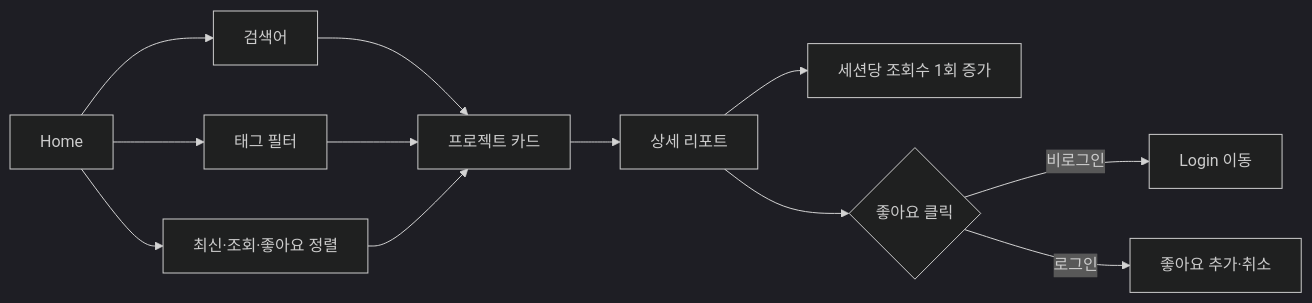
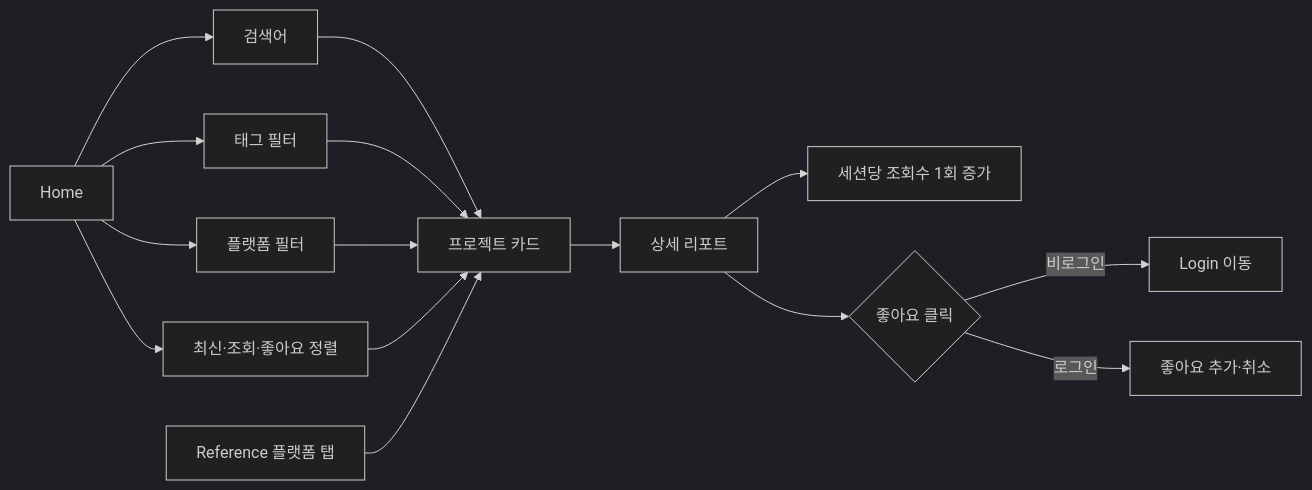
One commit to Snowball-Impact/folio changed the fifth of 6 diagrams in docs/USER_FLOWS.md. Above: the diagram before and after it, drawn with Mermaid (dark theme). The commit also changed other lines of this file and 21 other files, not shown here.

````diff
--- a/docs/USER_FLOWS.md
+++ b/docs/USER_FLOWS.md
@@ -116,19 +120,23 @@
 ```mermaid
 flowchart LR
     Home[Home]
     Search[검색어]
     Tag[태그 필터]
+    Platform[플랫폼 필터]
     Sort[최신·조회·좋아요 정렬]
+    Reference[Reference 플랫폼 탭]
     Card[프로젝트 카드]
     Detail[상세 리포트]
     View[세션당 조회수 1회 증가]
     Like{좋아요 클릭}
 
     Home --> Search --> Card
     Home --> Tag --> Card
+    Home --> Platform --> Card
     Home --> Sort --> Card
+    Reference --> Card
     Card --> Detail --> View
     Detail --> Like
     Like -- 비로그인 --> Login[Login 이동]
-    Like -- 로그인 --> Toggle[좋아요 추가·취소]
+Like -- 로그인 --> Toggle[좋아요 추가·취소]
 ```
````
